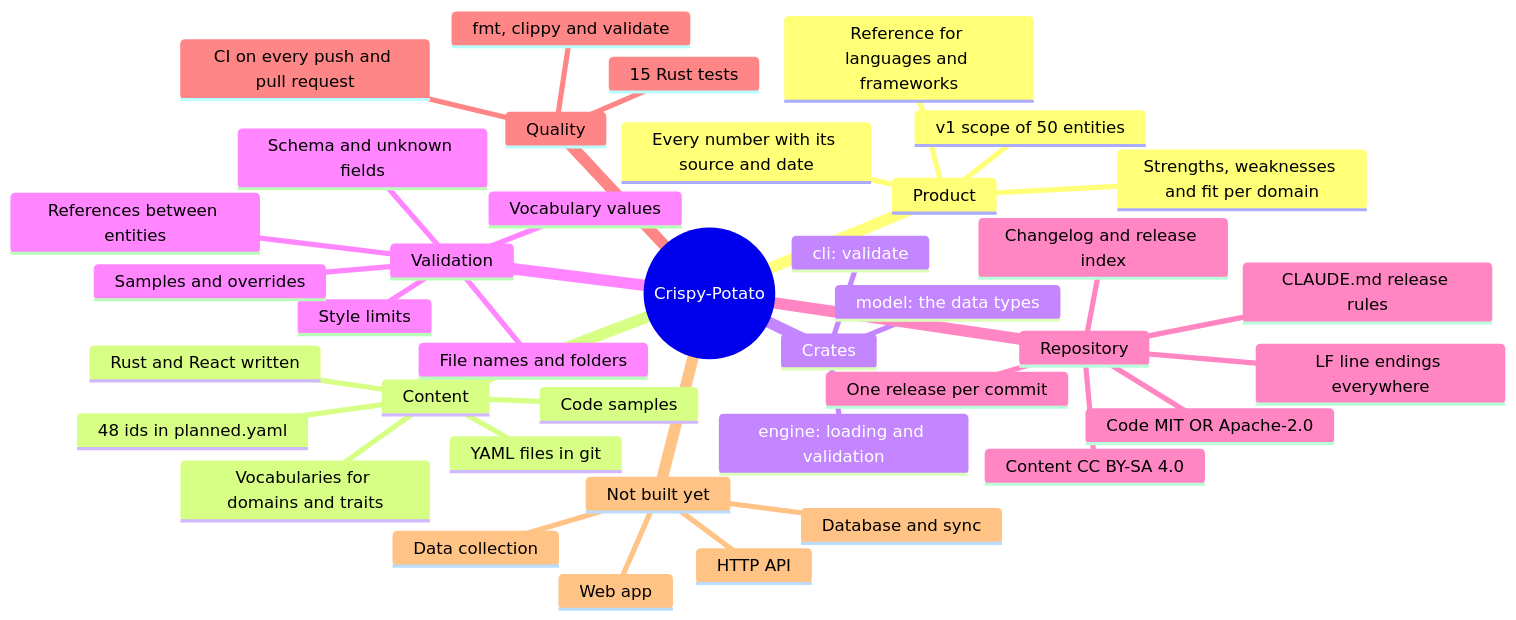
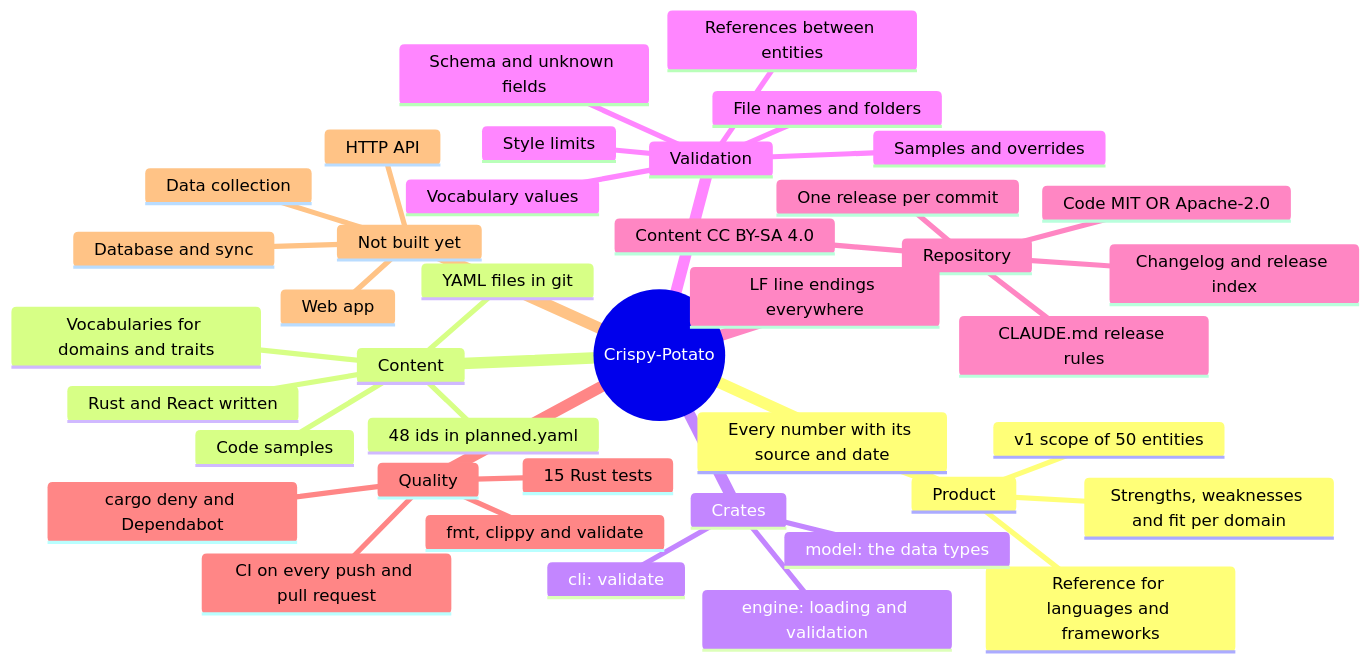
One commit to winksen/Crispy-Potato changed the first of 2 diagrams in docs/MINDMAP.md. Above: the diagram before and after it, drawn with Mermaid. The commit also changed other lines of this file and 10 other files, not shown here.

````diff
--- a/docs/MINDMAP.md
+++ b/docs/MINDMAP.md
@@ -11,42 +11,43 @@
 ```mermaid
 mindmap
   root((Crispy-Potato))
     Product
       Reference for languages and frameworks
       Strengths, weaknesses and fit per domain
       Every number with its source and date
       v1 scope of 50 entities
     Content
       YAML files in git
       Rust and React written
       48 ids in planned.yaml
       Vocabularies for domains and traits
       Code samples
     Crates
       model: the data types
       engine: loading and validation
       cli: validate
     Validation
       Schema and unknown fields
       File names and folders
       Vocabulary values
       References between entities
       Style limits
       Samples and overrides
     Repository
       Code MIT OR Apache-2.0
       Content CC BY-SA 4.0
       One release per commit
       Changelog and release index
       CLAUDE.md release rules
       LF line endings everywhere
     Quality
       15 Rust tests
       fmt, clippy and validate
       CI on every push and pull request
+      cargo deny and Dependabot
     Not built yet
       Database and sync
       Data collection
       HTTP API
       Web app
 ```
````
